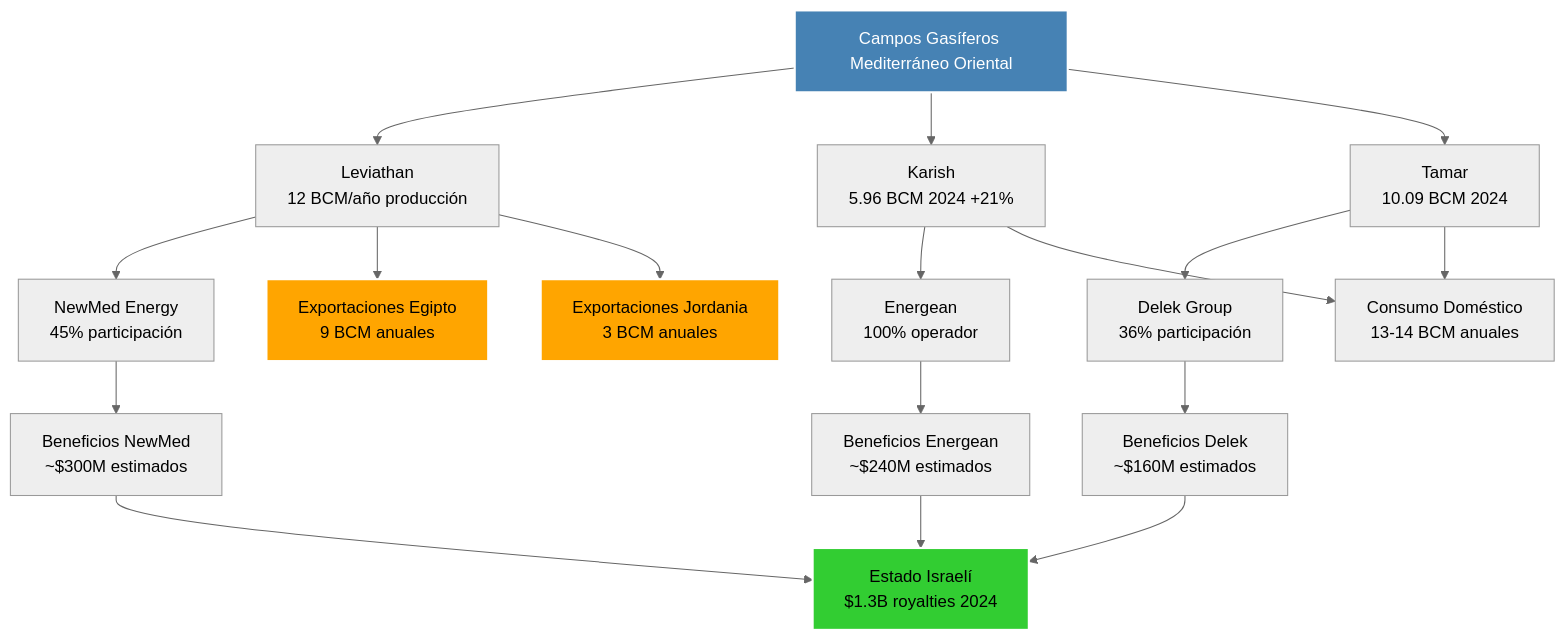
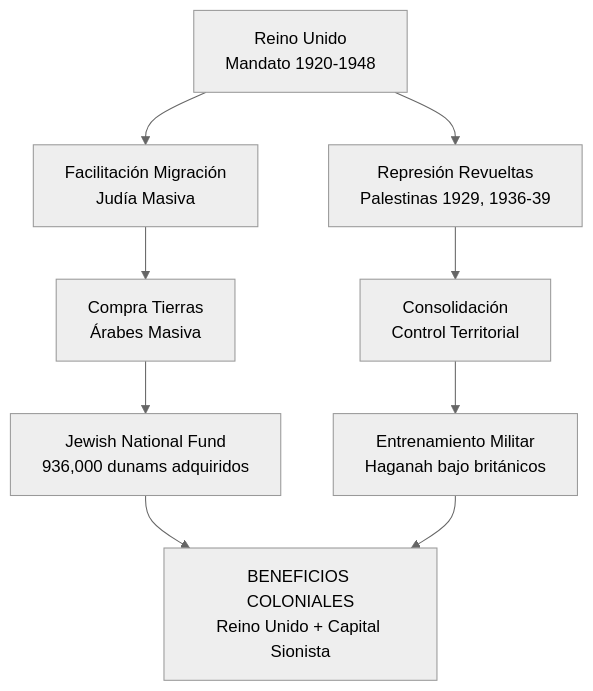
One commit to perpetuocambio/annotations changed the first of 54 diagrams in intel/israel_geopolitical_analysis.md. Above: the diagram before and after it, drawn with Mermaid (neutral theme). The commit also changed other lines of this file, not shown here.

````diff
--- a/intel/israel_geopolitical_analysis.md
+++ b/intel/israel_geopolitical_analysis.md
@@ -32,28 +75,14 @@
 ```mermaid
 flowchart TD
-    A[Campos Gasíferos Mediterráneo Oriental] --> B[Leviathan<br/>12 BCM/año producción]
-    A --> C[Karish<br/>5.96 BCM 2024 +21%]
-    A --> D[Tamar<br/>10.09 BCM 2024]
+    A[Reino Unido<br/>Mandato 1920-1948] --> B[Facilitación Migración<br/>Judía Masiva]
+    A --> C[Represión Revueltas<br/>Palestinas 1929, 1936-39]
 
-    B --> E[NewMed Energy<br/>45% participación]
-    C --> F[Energean<br/>100% operador]
-    D --> G[Delek Group<br/>36% participación]
+    B --> D[Compra Tierras<br/>Árabes Masiva]
+    C --> E[Consolidación<br/>Control Territorial]
 
-    E --> H[Beneficios NewMed<br/>~$300M estimados]
-    F --> I[Beneficios Energean<br/>~$240M estimados]
-    G --> J[Beneficios Delek<br/>~$160M estimados]
+    D --> F[Jewish National Fund<br/>936,000 dunams adquiridos]
+    E --> G[Entrenamiento Militar<br/>Haganah bajo británicos]
 
-    H --> K[Estado Israelí<br/>$1.3B royalties 2024]
-    I --> K
-    J --> K
-
-    B --> L[Exportaciones Egipto<br/>9 BCM anuales]
-    B --> M[Exportaciones Jordania<br/>3 BCM anuales]
-    C --> N[Consumo Doméstico<br/>13-14 BCM anuales]
-    D --> N
-
-    style A fill:#4682b4,stroke:#fff,stroke-width:2px,color:#fff
-    style K fill:#32cd32,stroke:#fff,stroke-width:2px,color:#000
-    style L fill:#ffa500,stroke:#fff,stroke-width:2px,color:#000
-    style M fill:#ffa500,stroke:#fff,stroke-width:2px,color:#000
+    F --> H[BENEFICIOS COLONIALES<br/>Reino Unido + Capital Sionista]
+    G --> H
 ```
````
